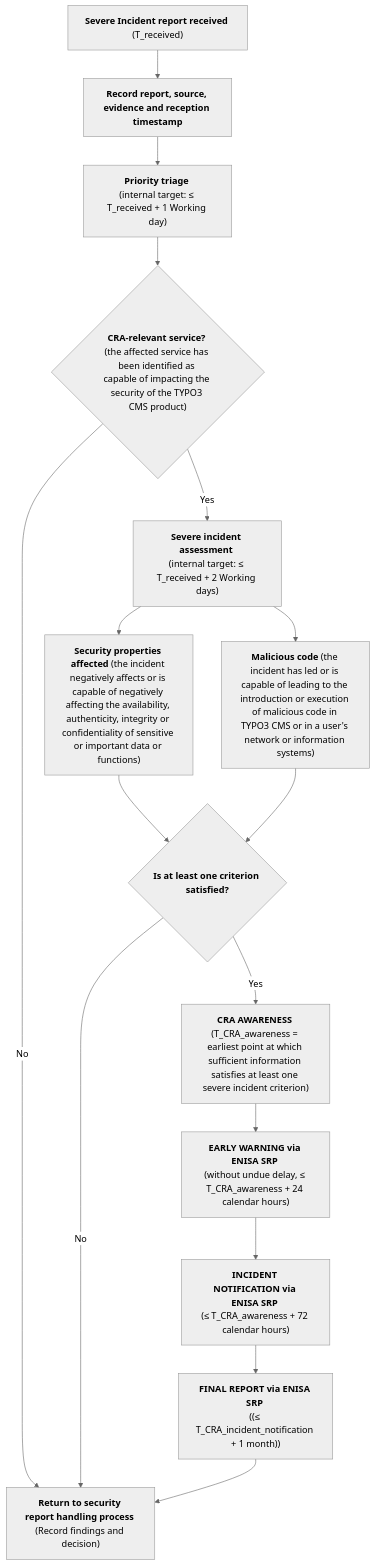
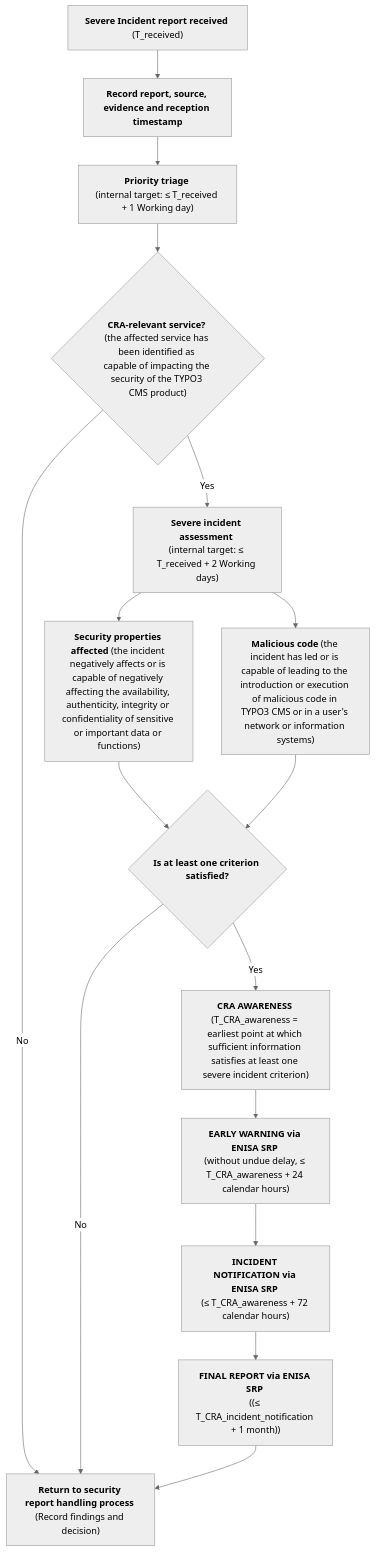
Before and after one commit to rfoucard/cra-fast-track: the diagram in templates/severe-incident-process.md, drawn with Mermaid (neutral theme).

````diff
--- a/templates/severe-incident-process.md
+++ b/templates/severe-incident-process.md
@@ -15,32 +15,32 @@
 ```mermaid
 flowchart TD
 
     A["<strong>Severe&nbsp;Incident&nbsp;report&nbsp;received</strong> \n(T_received)"] --> B["<strong>Record&nbsp;report,&nbsp;source, evidence and reception timestamp</strong>"]
 
-    B --> C["<strong>Priority triage</strong> \n(internal target: ≤ T_received + 1 Working day)"]
+    B --> C["<strong>Priority triage</strong> \n(internal&nbsp;target:&nbsp;≤&nbsp;T_received + 1 Working day)"]
 
     C --> D{"<strong>CRA-relevant service?</strong> (the affected service has been identified as capable of impacting the security of the TYPO3 CMS product)"}
 
     D -- "No" --> X["<strong>Return to security report handling process</strong> \n(Record findings and decision)"]
 
     D -- "Yes" --> E["<strong>Severe incident assessment</strong> \n(internal target: ≤ T_received + 2 Working days)"]
 
     E --> F["<strong>Security properties affected</strong> (the incident negatively affects or is capable of negatively affecting the availability, authenticity, integrity or confidentiality of sensitive or important data or functions)"]
 
     E --> G["<strong>Malicious code</strong> (the incident has led or is capable of leading to the introduction or execution of malicious code in TYPO3 CMS or in a user's network or information systems)"]
 
     F --> J{"<strong>Is at least one criterion satisfied?</strong>"}
     G --> J
 
     J -- "No" --> X
     J -- "Yes" --> L["<strong>CRA AWARENESS</strong> \n(T_CRA_awareness = earliest point at which sufficient information satisfies at least one severe incident criterion)"]
 
     L --> M["<strong>EARLY WARNING via ENISA SRP</strong> \n(without undue delay, ≤ T_CRA_awareness + 24 calendar hours)"]
 
     M --> N["<strong>INCIDENT NOTIFICATION via ENISA SRP</strong> \n(≤ T_CRA_awareness + 72 calendar hours)"]
 
     N --> O["<strong>FINAL REPORT via ENISA SRP</strong> \n((≤ T_CRA_incident_notification + 1 month))"]
 
     O --> X
 
 ```
````
